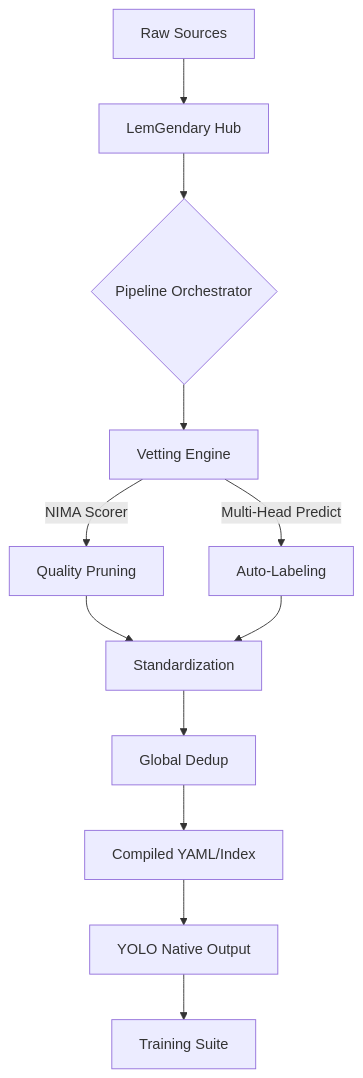
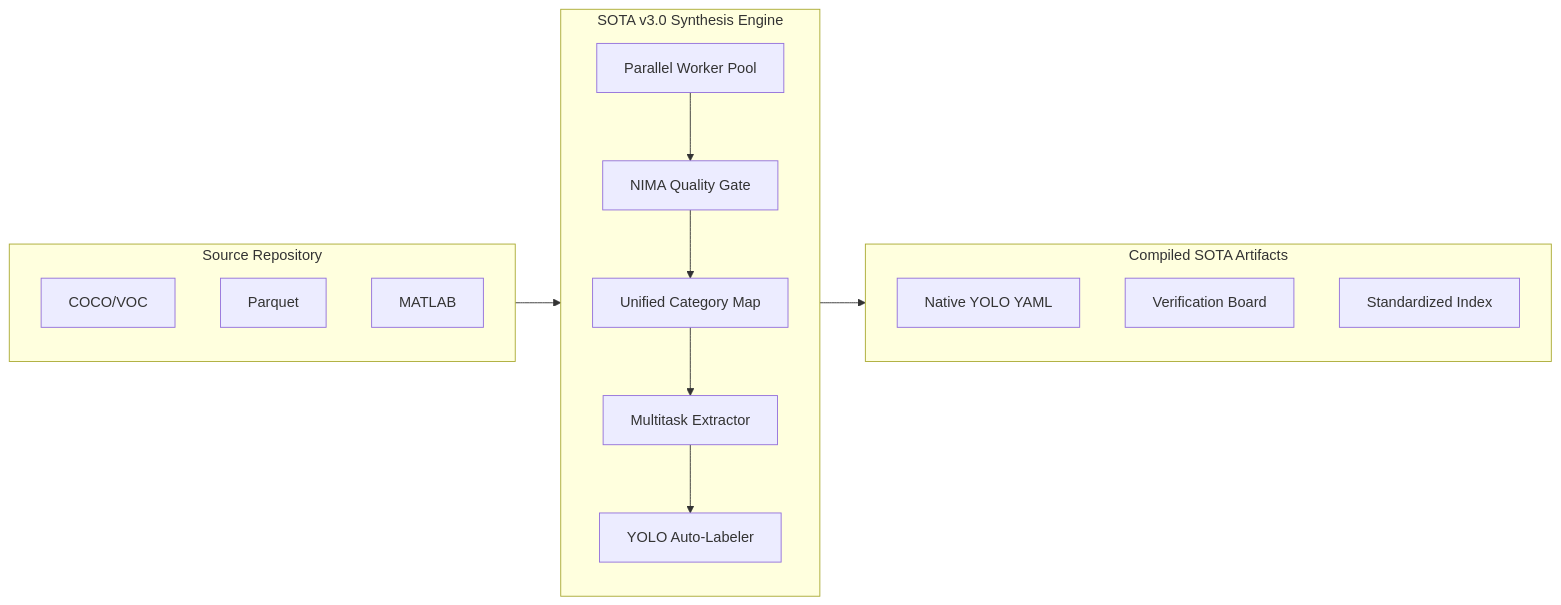
Before and after one commit to lemgenda/lemgendary-dataset-generator: the diagram in README.md, drawn with Mermaid. The commit also changed other lines of this file and 3 other files, not shown here.

Commit message:
feat: SOTA v3.0 Evolution - Parallel synthesis & Unified Category Mapping

````diff
--- a/README.md
+++ b/README.md
@@ -32,14 +29,30 @@
 ```mermaid
-graph TD
-    A[Raw Sources] --> B[LemGendary Hub]
-    B --> C{Pipeline Orchestrator}
-    C --> D[Vetting Engine]
-    D -- NIMA Scorer --> E[Quality Pruning]
-    D -- Multi-Head Predict --> F[Auto-Labeling]
-    E --> G[Standardization]
-    F --> G
-    G --> H[Global Dedup]
-    H --> I[Compiled YAML/Index]
-    I --> J[YOLO Native Output]
-    J --> K[Training Suite]
+graph LR
+    subgraph RawData[Source Repository]
+        D1[COCO/VOC]
+        D2[Parquet]
+        D3[MATLAB]
+    end
+
+    subgraph V3_Core[SOTA v3.0 Synthesis Engine]
+        A[Parallel Worker Pool]
+        B[NIMA Quality Gate]
+        C[Unified Category Map]
+        D[Multitask Extractor]
+        E[YOLO Auto-Labeler]
+        
+        A --> B
+        B --> C
+        C --> D
+        D --> E
+    end
+
+    subgraph Output[Compiled SOTA Artifacts]
+        F[Native YOLO YAML]
+        G[Verification Board]
+        H[Standardized Index]
+    end
+
+    RawData --> V3_Core
+    V3_Core --> Output
 ```
````
